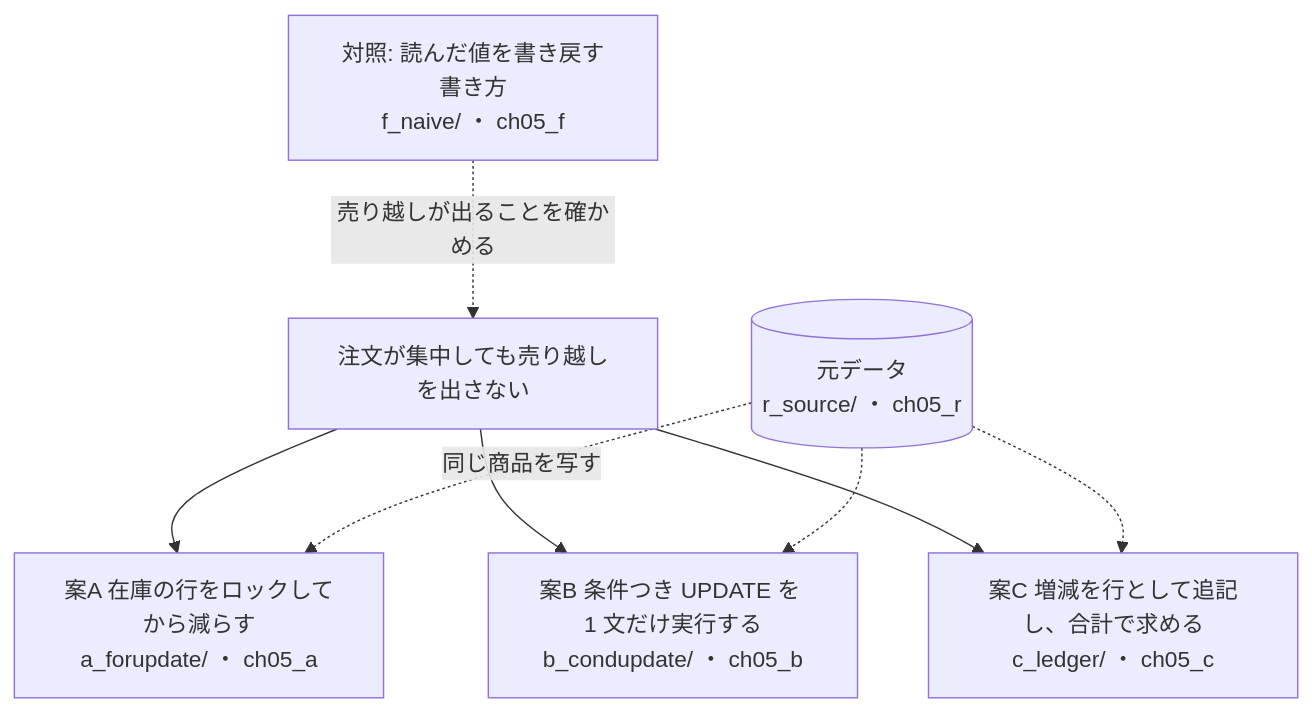
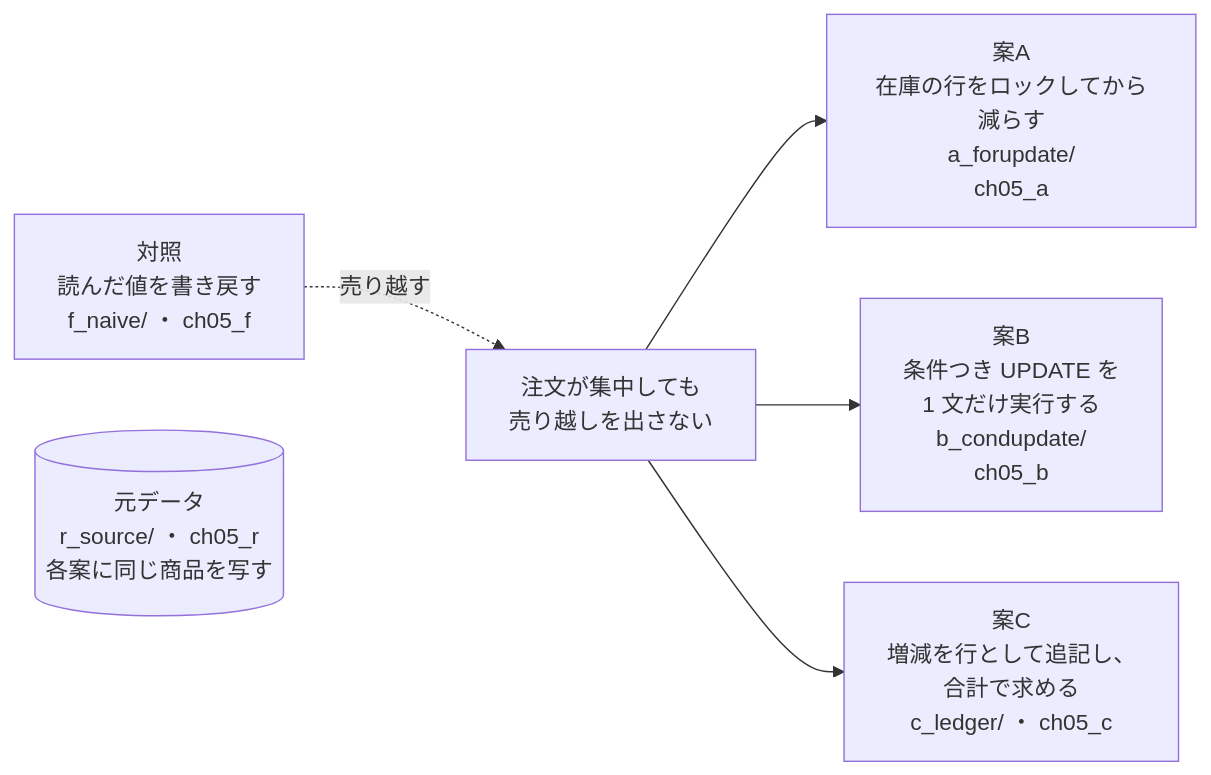
One commit to driftnode986/postgresql-db-design-samples changed the first of 9 diagrams in ch05_order_and_inventory/README.md. Above: the diagram before and after it, drawn with Mermaid. The commit also changed other lines of this file and 15 other files, not shown here.

First line of the commit message:
docs: 設計案の構成図を縦並びにし、幅の広い ER 図を分けて、GitHub で縮まない大きさにする

````diff
--- a/ch05_order_and_inventory/README.md
+++ b/ch05_order_and_inventory/README.md
@@ -16,12 +16,10 @@
 ```mermaid
-flowchart TD
-  Q["注文が集中しても売り越しを出さない"]
-  R[("元データ<br/>r_source/ ・ ch05_r")]
-  Q --> A["案A 在庫の行をロックしてから減らす<br/>a_forupdate/ ・ ch05_a"]
-  Q --> B["案B 条件つき UPDATE を 1 文だけ実行する<br/>b_condupdate/ ・ ch05_b"]
-  Q --> C["案C 増減を行として追記し、合計で求める<br/>c_ledger/ ・ ch05_c"]
-  F["対照: 読んだ値を書き戻す書き方<br/>f_naive/ ・ ch05_f"] -.->|売り越しが出ることを確かめる| Q
-  R -.->|同じ商品を写す| A
-  R -.-> B
-  R -.-> C
+flowchart LR
+  F["対照<br/>読んだ値を書き戻す<br/>f_naive/ ・ ch05_f"] -.->|売り越す| Q
+  Q["注文が集中しても<br/>売り越しを出さない"]
+  R[("元データ<br/>r_source/ ・ ch05_r<br/>各案に同じ商品を写す")]
+  Q --> A["案A<br/>在庫の行をロックしてから減らす<br/>a_forupdate/<br/>ch05_a"]
+  Q --> B["案B<br/>条件つき UPDATE を<br/>1 文だけ実行する<br/>b_condupdate/<br/>ch05_b"]
+  Q --> C["案C<br/>増減を行として追記し、<br/>合計で求める<br/>c_ledger/ ・ ch05_c"]
+  R ~~~ Q
 ```
````
